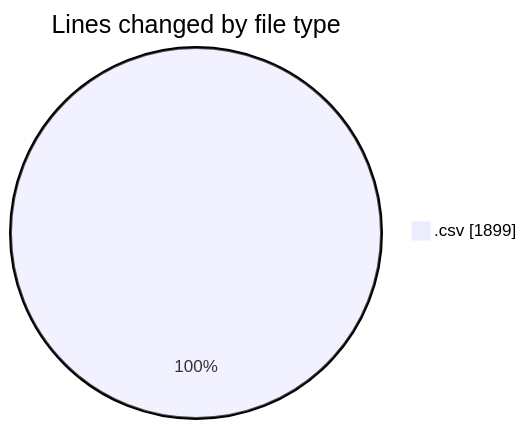
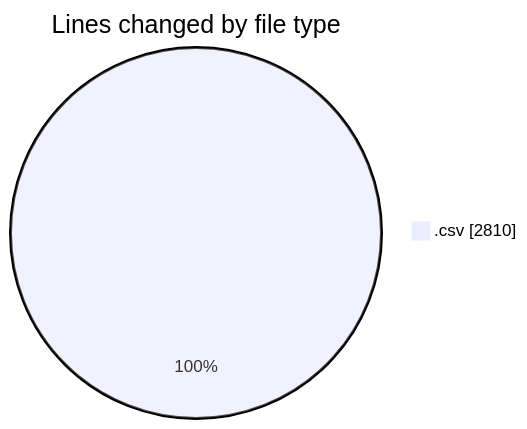
One commit to EIIisD/code-tracking changed the first of 2 diagrams in 2025-07-23/transactions-new/README.md. Above: the diagram before and after it, drawn with Mermaid. The commit also changed other lines of this file and 1 other file, not shown here.

````diff
--- a/2025-07-23/transactions-new/README.md
+++ b/2025-07-23/transactions-new/README.md
@@ -20,5 +21,5 @@
 ```mermaid
 pie showData
 title Lines changed by file type
-".csv" : 1899
+".csv" : 2810
 ```
````
